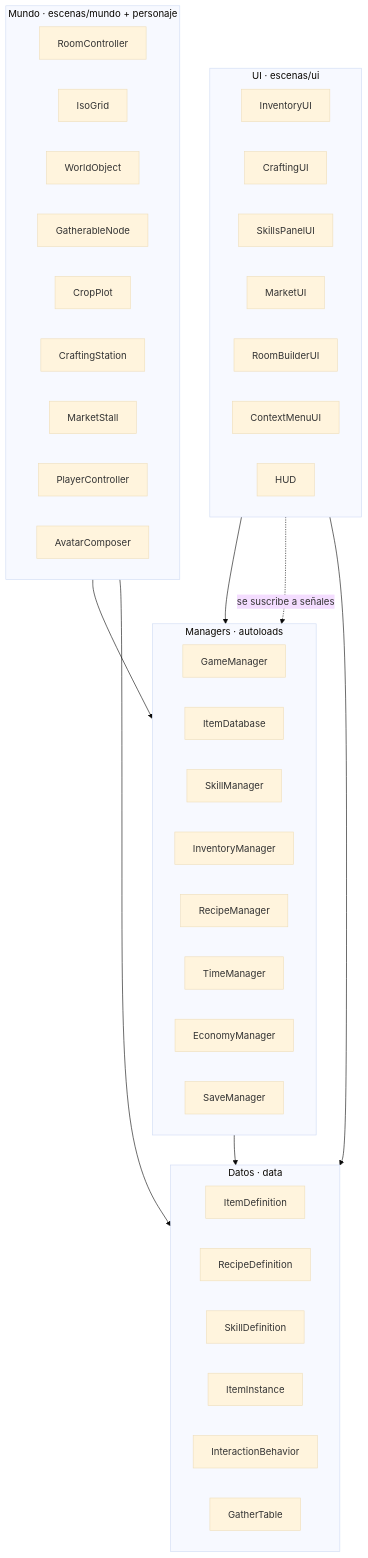
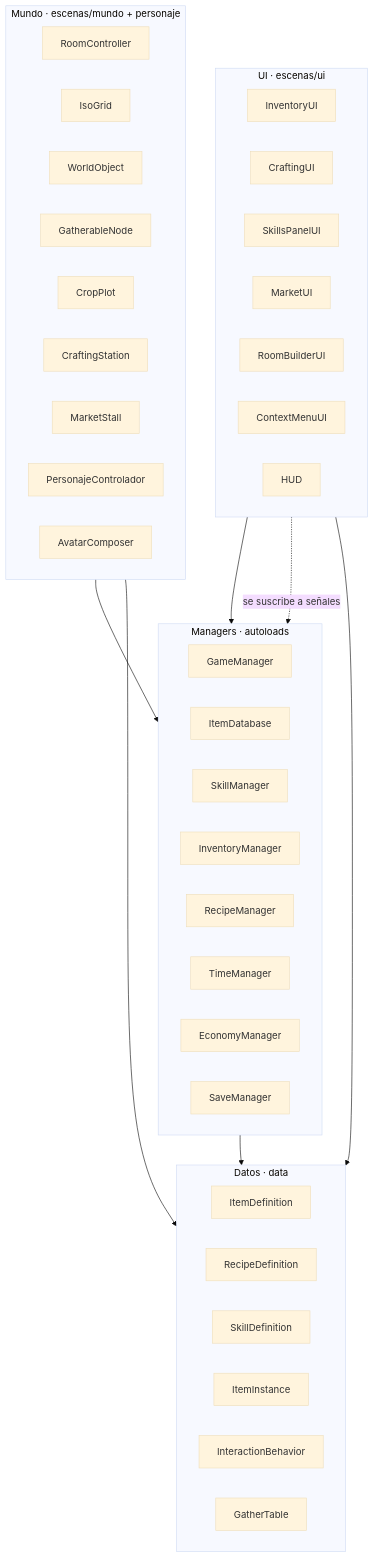
One commit to MumiolaDev/MumiolaCity changed the first of 9 diagrams in docs/SISTEMAS.md. Above: the diagram before and after it, drawn with Mermaid (base theme). The commit also changed other lines of this file and 5 other files, not shown here.

````diff
--- a/docs/SISTEMAS.md
+++ b/docs/SISTEMAS.md
@@ -26,21 +26,21 @@
 ```mermaid
 flowchart TD
   subgraph ui[UI · escenas/ui]
     InventoryUI; CraftingUI; SkillsPanelUI; MarketUI; RoomBuilderUI; ContextMenuUI; HUD
   end
   subgraph mundo[Mundo · escenas/mundo + personaje]
-    RoomController; IsoGrid; WorldObject; GatherableNode; CropPlot; CraftingStation; MarketStall; PlayerController; AvatarComposer
+    RoomController; IsoGrid; WorldObject; GatherableNode; CropPlot; CraftingStation; MarketStall; PersonajeControlador; AvatarComposer
   end
   subgraph mgr[Managers · autoloads]
     GameManager; ItemDatabase; SkillManager; InventoryManager; RecipeManager; TimeManager; EconomyManager; SaveManager
   end
   subgraph datos[Datos · data]
     ItemDefinition; RecipeDefinition; SkillDefinition; ItemInstance; InteractionBehavior; GatherTable
   end
   ui --> mgr
   mundo --> mgr
   mgr --> datos
   ui -. "se suscribe a señales" .-> mgr
   mundo --> datos
   ui --> datos
 ```
````
